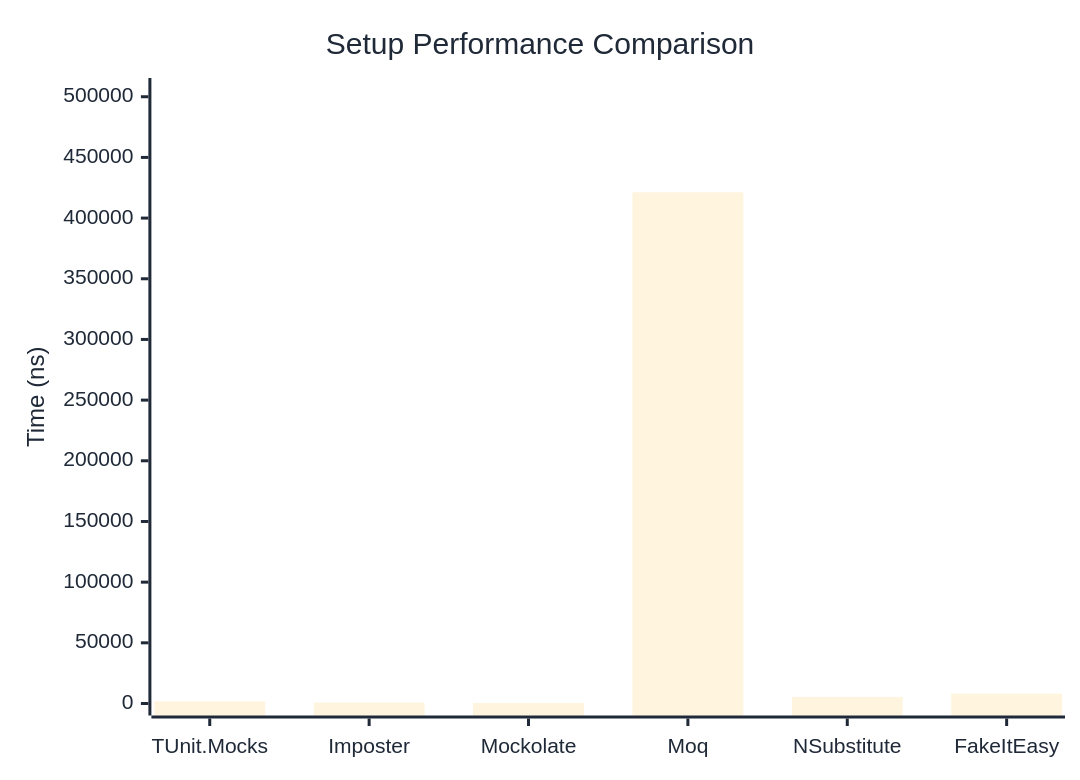
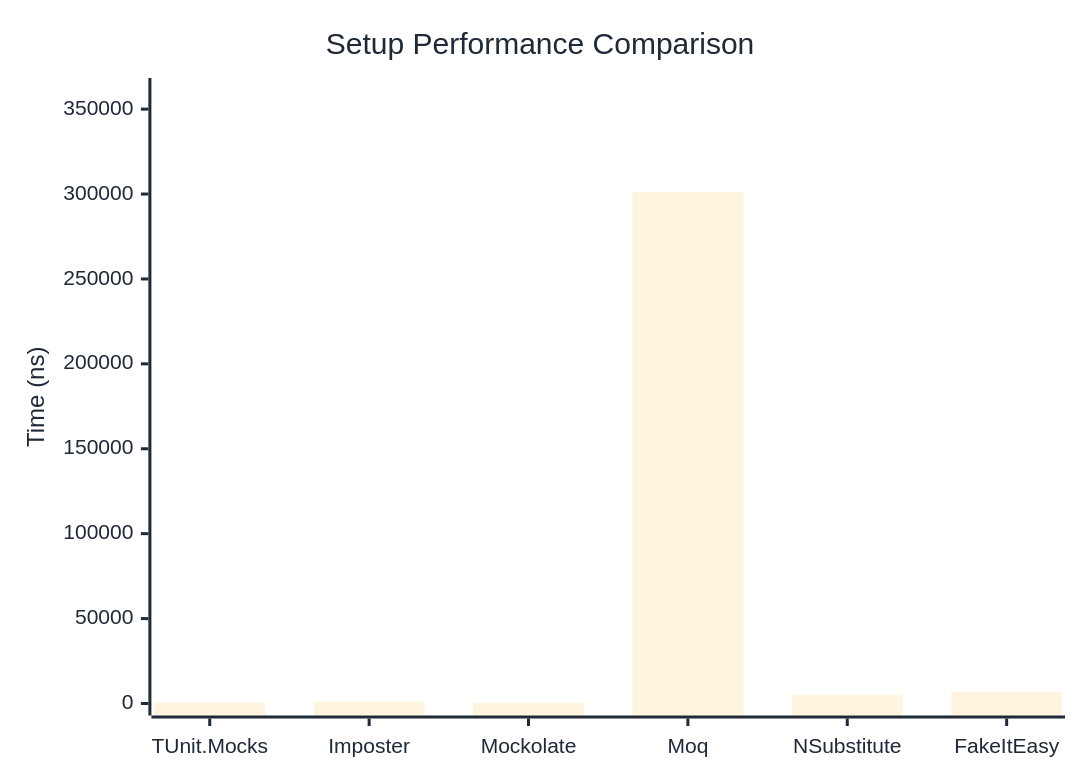
Before and after one commit to thomhurst/TUnit: the first of 2 diagrams in docs/docs/benchmarks/mocks/Setup.md, drawn with Mermaid. The commit also changed other lines of this file and 14 other files, not shown here.

````diff
--- a/docs/docs/benchmarks/mocks/Setup.md
+++ b/docs/docs/benchmarks/mocks/Setup.md
@@ -28,27 +28,27 @@
 ```mermaid
 %%{init: {
   'theme':'base',
   'themeVariables': {
     'primaryColor': '#2563eb',
     'primaryTextColor': '#1f2937',
     'primaryBorderColor': '#1e40af',
     'lineColor': '#6b7280',
     'secondaryColor': '#7c3aed',
     'tertiaryColor': '#dc2626',
     'background': '#ffffff',
     'pie1': '#2563eb',
     'pie2': '#7c3aed',
     'pie3': '#dc2626',
     'pie4': '#f59e0b',
     'pie5': '#10b981',
     'pie6': '#06b6d4',
     'pie7': '#ec4899',
     'pie8': '#6366f1'
   }
 }}%%
 xychart-beta
   title "Setup Performance Comparison"
   x-axis ["TUnit.Mocks", "Imposter", "Mockolate", "Moq", "NSubstitute", "FakeItEasy"]
-  y-axis "Time (ns)" 0 --> 505554
-  bar [1793.8, 746.7, 391.5, 421294.9, 5447.6, 8081]
+  y-axis "Time (ns)" 0 --> 361262
+  bar [592.7, 841, 432.4, 301051.1, 5174.9, 6911.1]
 ```
````
